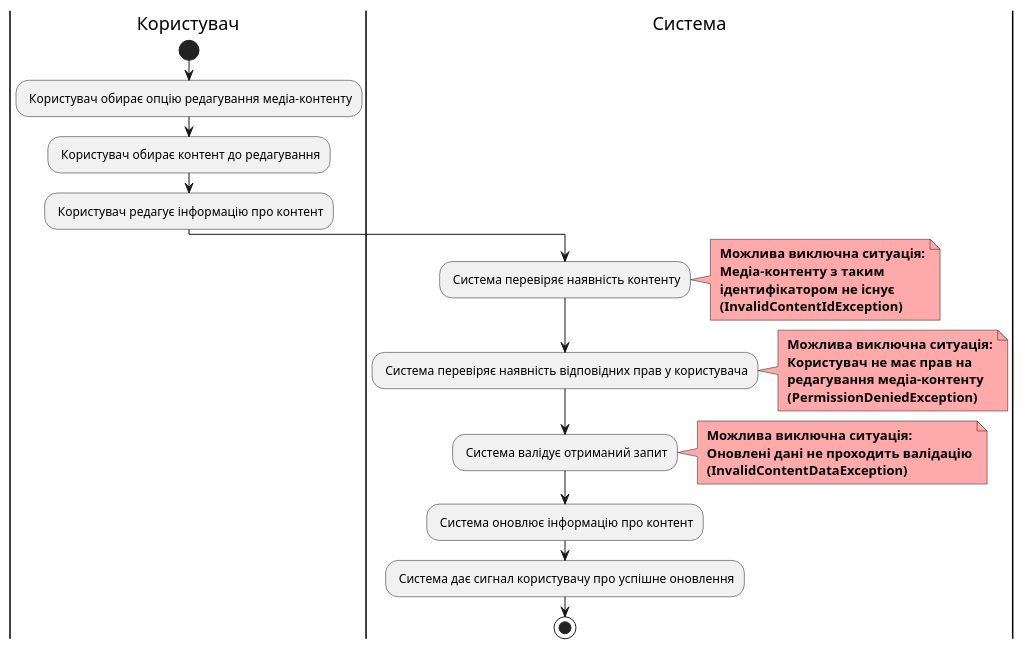
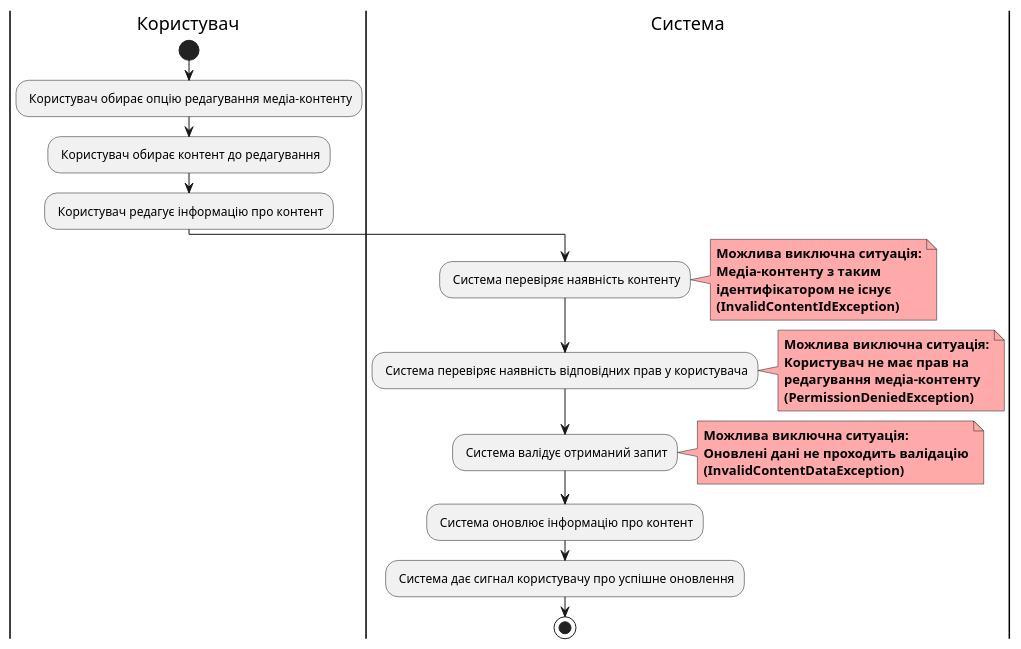
Diagram 11 of 12 in docs/use cases/README.md (semenyaka08/media-content-api), drawn with PlantUML before and after one commit. The commit also changed other lines of this file, not shown here.

```diff
--- a/docs/use cases/README.md
+++ b/docs/use cases/README.md
@@ -537,34 +539,34 @@
 @startuml
 
 |Користувач| 
 start
 : Користувач обирає опцію редагування медіа-контенту;
 : Користувач обирає контент до редагування;
 : Користувач редагує інформацію про контент;
 
 |Система|
 : Система перевіряє наявність контенту;
 note right #ffaaaa
-<b> Можлива виключна ситуація:
-<b> Медіа-контенту з таким 
-<b> ідентифікатором не існує
-<b> (InvalidContentIdException)
+    <b>Можлива виключна ситуація:</b>
+    <b>Медіа-контенту з таким</b>
+    <b>ідентифікатором не існує</b>
+    <b>(InvalidContentIdException)</b>
 end note
 : Система перевіряє наявність відповідних прав у користувача;
 note right #ffaaaa
-<b> Можлива виключна ситуація:
-<b> Користувач не має прав на
-<b> редагування медіа-контенту
-<b> (PermissionDeniedException)
+    <b>Можлива виключна ситуація:</b>
+    <b>Користувач не має прав на</b>
+    <b>редагування медіа-контенту</b>
+    <b>(PermissionDeniedException)</b>
 end note
 : Система валідує отриманий запит;
 note right #ffaaaa
-<b> Можлива виключна ситуація:
-<b> Оновлені дані не проходить валідацію
-<b> (InvalidContentDataException)
+    <b>Можлива виключна ситуація:</b>
+    <b>Оновлені дані не проходить валідацію</b>
+    <b>(InvalidContentDataException)</b>
 end note
 : Система оновлює інформацію про контент;
 : Система дає сигнал користувачу про успішне оновлення;
 stop
 
 @enduml
```
